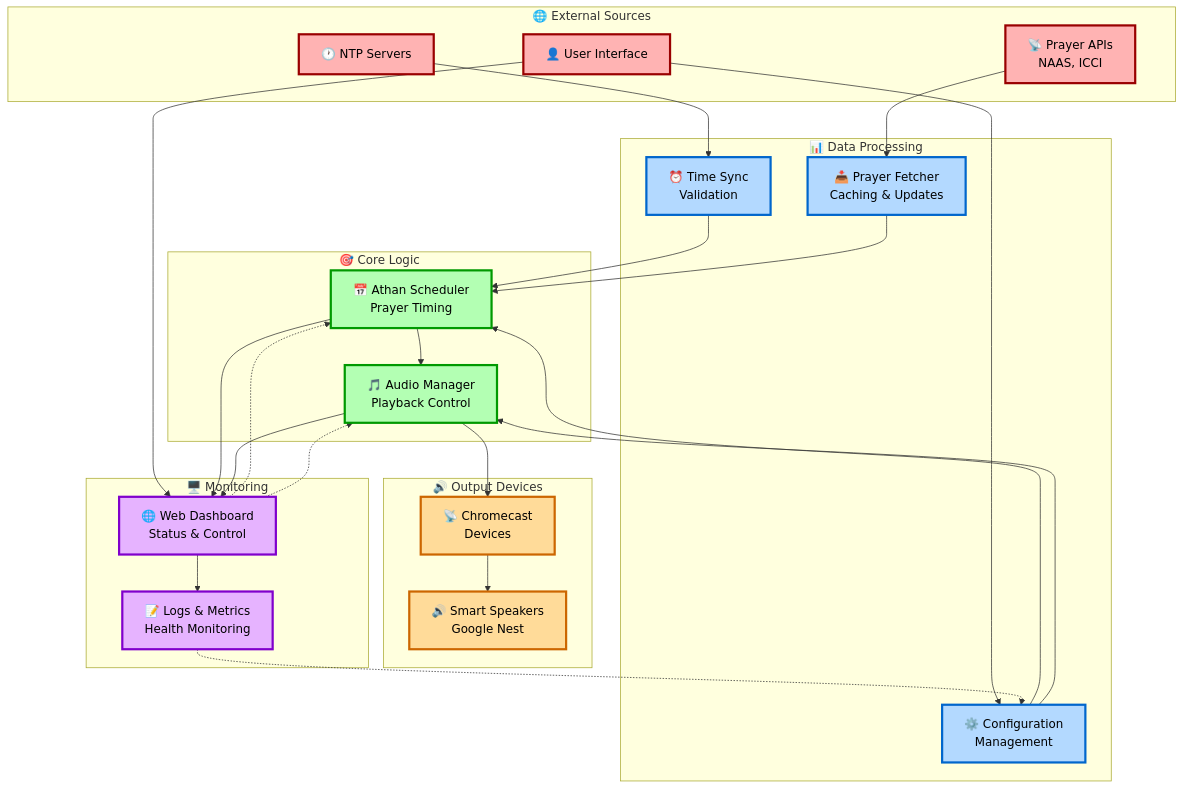
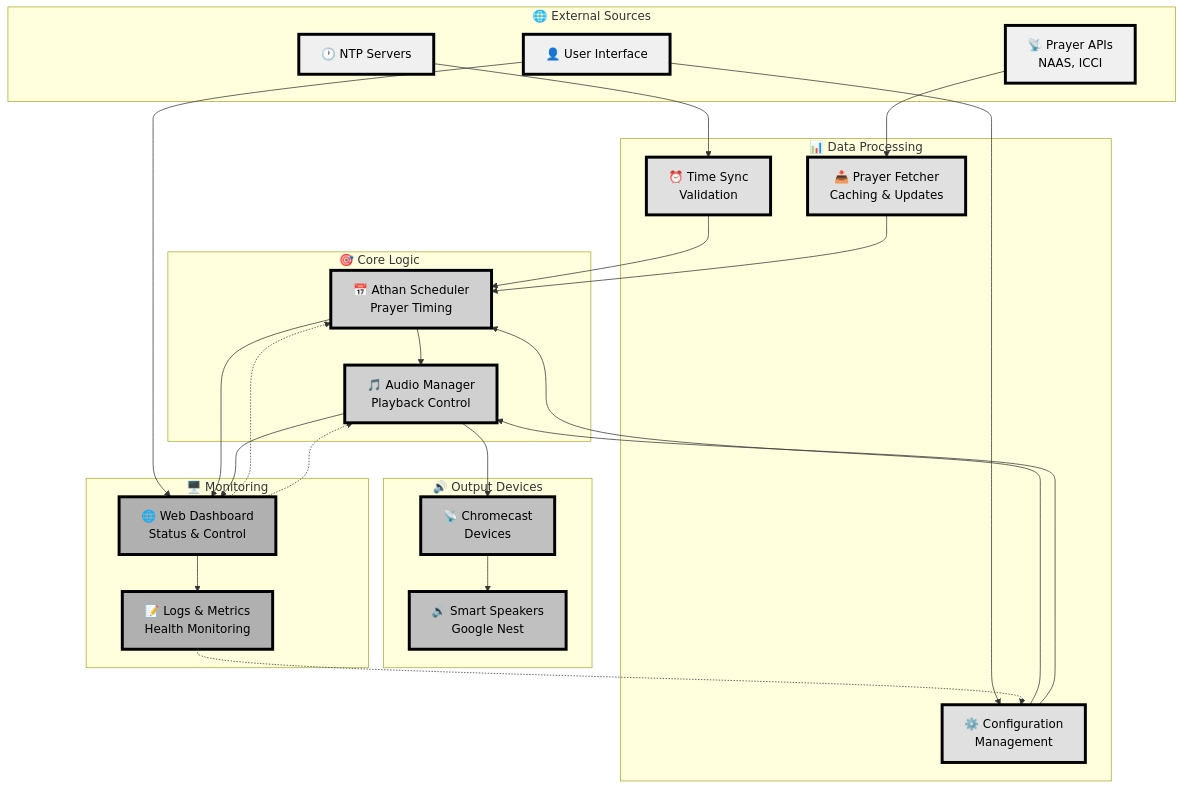
The third of 5 diagrams in ARCHITECTURE_MINDMAP.md (shenhab/Automated-Azan), drawn with Mermaid before and after one commit. The commit also changed other lines of this file, not shown here.

````diff
--- a/ARCHITECTURE_MINDMAP.md
+++ b/ARCHITECTURE_MINDMAP.md
@@ -208,66 +208,66 @@
 ```mermaid
 flowchart TD
     subgraph "🌐 External Sources"
         NTP[🕐 NTP Servers]
         APIS[📡 Prayer APIs<br/>NAAS, ICCI]
         USER[👤 User Interface]
     end
 
     subgraph "📊 Data Processing"
         SYNC[⏰ Time Sync<br/>Validation]
         FETCH[📥 Prayer Fetcher<br/>Caching & Updates]
         CONFIG[⚙️ Configuration<br/>Management]
     end
 
     subgraph "🎯 Core Logic"
         SCHEDULER[📅 Athan Scheduler<br/>Prayer Timing]
         AUDIO[🎵 Audio Manager<br/>Playback Control]
     end
 
     subgraph "🔊 Output Devices"
         CHROME[📡 Chromecast<br/>Devices]
         SPEAKERS[🔊 Smart Speakers<br/>Google Nest]
     end
 
     subgraph "🖥️ Monitoring"
         WEB[🌐 Web Dashboard<br/>Status & Control]
         LOGS[📝 Logs & Metrics<br/>Health Monitoring]
     end
 
     %% Data flow connections
     NTP --> SYNC
     APIS --> FETCH
     USER --> CONFIG
     USER --> WEB
 
     SYNC --> SCHEDULER
     FETCH --> SCHEDULER
     CONFIG --> SCHEDULER
     CONFIG --> AUDIO
 
     SCHEDULER --> AUDIO
     AUDIO --> CHROME
     CHROME --> SPEAKERS
 
     SCHEDULER --> WEB
     AUDIO --> WEB
     WEB --> LOGS
 
     %% Feedback loops
     WEB -.-> SCHEDULER
     WEB -.-> AUDIO
     LOGS -.-> CONFIG
 
-    %% Light/Dark mode compatible styling
-    classDef external fill:#ffb3b3,stroke:#990000,stroke-width:3px,color:#000000
-    classDef processing fill:#b3d9ff,stroke:#0066cc,stroke-width:3px,color:#000000
-    classDef core fill:#b3ffb3,stroke:#009900,stroke-width:3px,color:#000000
-    classDef output fill:#ffdb99,stroke:#cc6600,stroke-width:3px,color:#000000
-    classDef monitoring fill:#e6b3ff,stroke:#8000cc,stroke-width:3px,color:#000000
+    %% Color blind accessible high contrast styling
+    classDef external fill:#f0f0f0,stroke:#000000,stroke-width:4px,color:#000000
+    classDef processing fill:#e0e0e0,stroke:#000000,stroke-width:4px,color:#000000
+    classDef core fill:#d0d0d0,stroke:#000000,stroke-width:4px,color:#000000
+    classDef output fill:#c0c0c0,stroke:#000000,stroke-width:4px,color:#000000
+    classDef monitoring fill:#b0b0b0,stroke:#000000,stroke-width:4px,color:#000000
 
     class NTP,APIS,USER external
     class SYNC,FETCH,CONFIG processing
     class SCHEDULER,AUDIO core
     class CHROME,SPEAKERS output
     class WEB,LOGS monitoring
 ```
````
